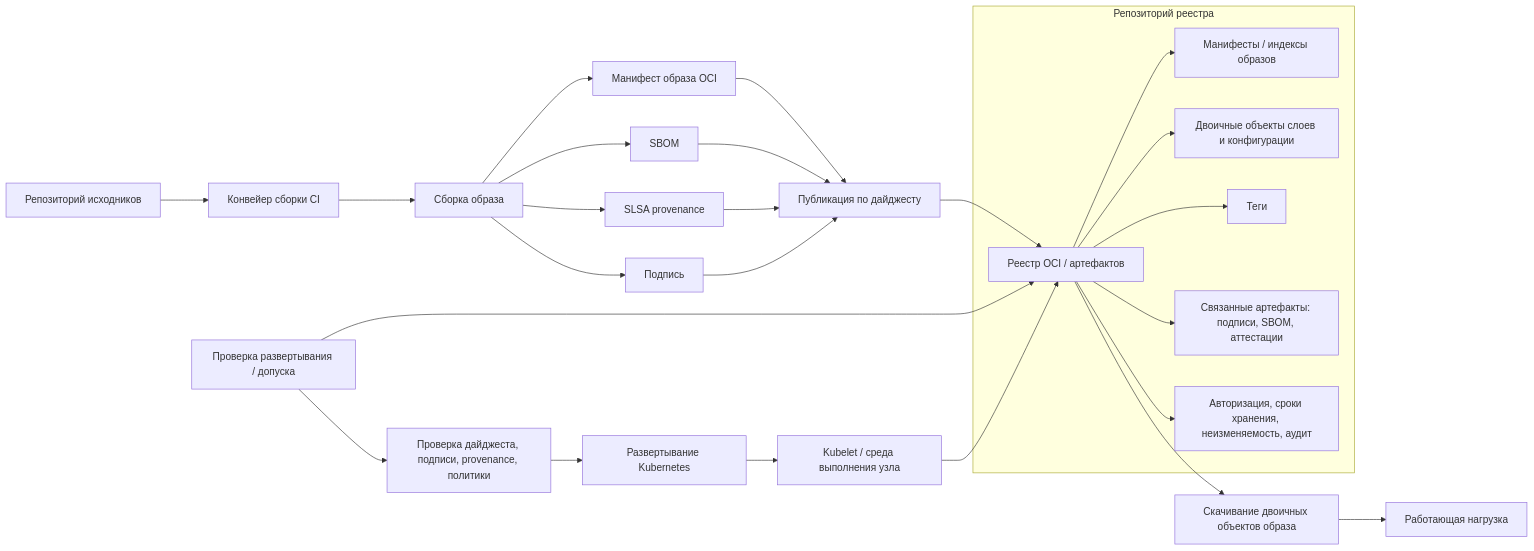
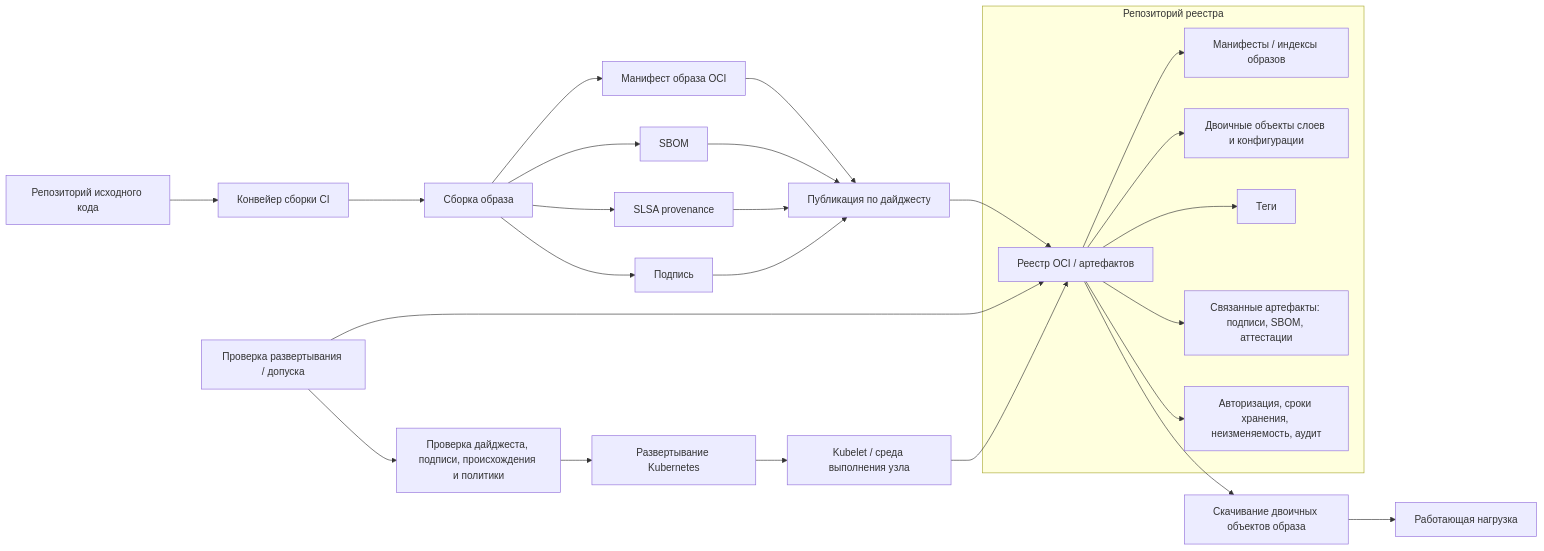
The third of 17 diagrams in reference/infrastructure-technologies/infrastructure-technologies.ru.md (defrixx/defrixx.github.io), drawn with Mermaid before and after one commit. The commit also changed other lines of this file and 149 other files, not shown here.

````diff
--- a/reference/infrastructure-technologies/infrastructure-technologies.ru.md
+++ b/reference/infrastructure-technologies/infrastructure-technologies.ru.md
@@ -178,31 +197,31 @@
 ```mermaid
 flowchart LR
-  Source["Репозиторий исходников"] --> CI["Конвейер сборки CI"]
+  Source["Репозиторий исходного кода"] --> CI["Конвейер сборки CI"]
   CI --> Build["Сборка образа"]
   Build --> Image["Манифест образа OCI"]
   Build --> SBOM["SBOM"]
   Build --> Prov["SLSA provenance"]
   Build --> Sig["Подпись"]
 
   Image --> Push["Публикация по дайджесту"]
   SBOM --> Push
   Prov --> Push
   Sig --> Push
   Push --> Registry["Реестр OCI / артефактов"]
 
   subgraph RegistryBox["Репозиторий реестра"]
     Registry --> Manifests["Манифесты / индексы образов"]
     Registry --> Blobs["Двоичные объекты слоев и конфигурации"]
     Registry --> Tags["Теги"]
     Registry --> Referrers["Связанные артефакты: подписи, SBOM, аттестации"]
     Registry --> Policy["Авторизация, сроки хранения, неизменяемость, аудит"]
   end
 
   DeployGate["Проверка развертывания / допуска"] --> Registry
-  DeployGate --> Verify["Проверка дайджеста, подписи, provenance, политики"]
+  DeployGate --> Verify["Проверка дайджеста, подписи, происхождения и политики"]
   Verify --> Kubernetes["Развертывание Kubernetes"]
   Kubernetes --> Node["Kubelet / среда выполнения узла"]
   Node --> Registry
   Registry --> Pull["Скачивание двоичных объектов образа"]
   Pull --> Workload["Работающая нагрузка"]
 ```
````
